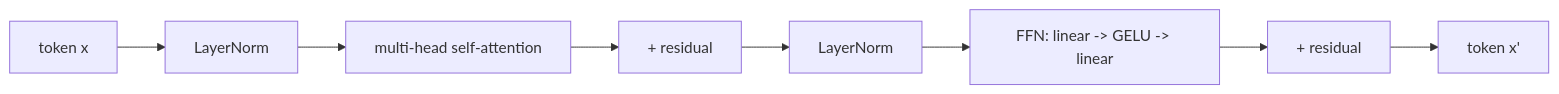
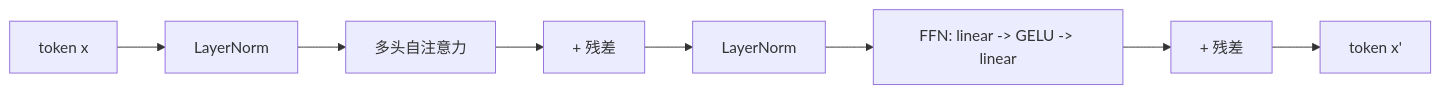
One commit to guangningsun/ailearning changed the second of 2 diagrams in lessons/19-capstone-projects/59-vit-transformer/docs/zh.md. Above: the diagram before and after it, drawn with Mermaid. The commit also changed other lines of this file and 85 other files, not shown here.

````diff
--- a/lessons/19-capstone-projects/59-vit-transformer/docs/zh.md
+++ b/lessons/19-capstone-projects/59-vit-transformer/docs/zh.md
@@ -35,10 +35,10 @@
 ```mermaid
 flowchart LR
   Token[token x] --> N1[LayerNorm]
-  N1 --> Attn[multi-head self-attention]
-  Attn --> R1[+ residual]
+  N1 --> Attn[多头自注意力]
+  Attn --> R1[+ 残差]
   R1 --> N2[LayerNorm]
   N2 --> MLP[FFN: linear -> GELU -> linear]
-  MLP --> R2[+ residual]
+  MLP --> R2[+ 残差]
   R2 --> Out[token x']
 ```
````
